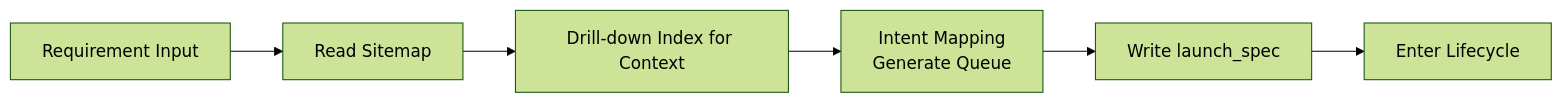
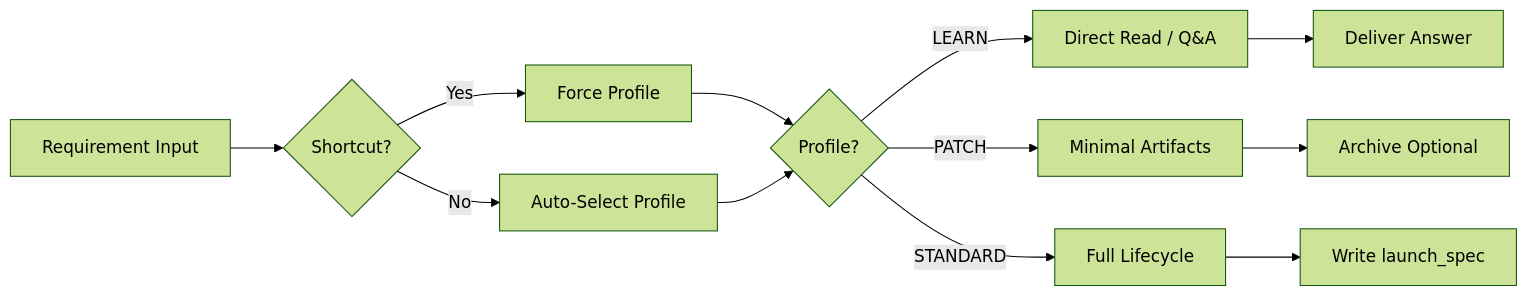
The second of 5 diagrams in ENGINEERING_MANUAL.md (listener-He/java-harness-agent), drawn with Mermaid (forest theme) before and after one commit. The commit also changed other lines of this file and 3 other files, not shown here.

````diff
--- a/ENGINEERING_MANUAL.md
+++ b/ENGINEERING_MANUAL.md
@@ -295,8 +325,14 @@
 ```mermaid
 flowchart LR
-  A[Requirement Input] --> B[Read Sitemap]
-  B --> C[Drill-down Index for Context]
-  C --> D[Intent Mapping\nGenerate Queue]
-  D --> E[Write launch_spec]
-  E --> F[Enter Lifecycle]
+  A[Requirement Input] --> B{Shortcut?}
+  B -->|Yes| C[Force Profile]
+  B -->|No| D[Auto-Select Profile]
+  C --> E{Profile?}
+  D --> E
+  E -->|LEARN| F[Direct Read / Q&A]
+  E -->|PATCH| G[Minimal Artifacts]
+  E -->|STANDARD| H[Full Lifecycle]
+  F --> I[Deliver Answer]
+  G --> J[Archive Optional]
+  H --> K[Write launch_spec]
 ```
````
